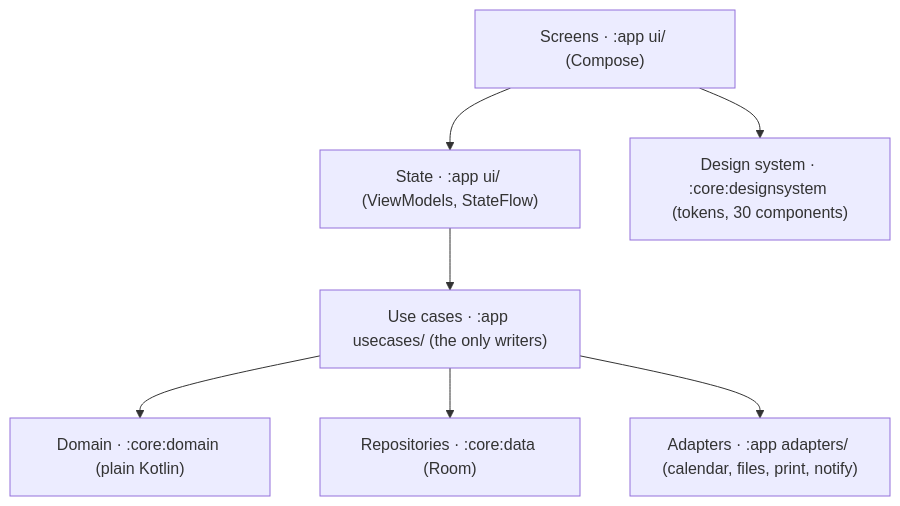
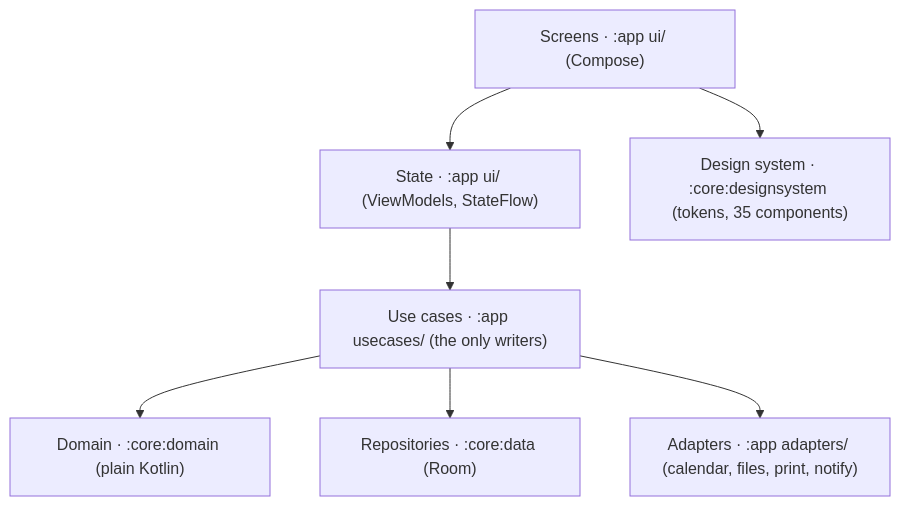
Before and after one commit to vmleroy/tutora-classbook: the diagram in docs/architecture.md, drawn with Mermaid. The commit also changed 70 other files, not shown here.

````diff
--- a/docs/architecture.md
+++ b/docs/architecture.md
@@ -41,9 +41,9 @@
 ```mermaid
 flowchart TD
     S["Screens · :app ui/ (Compose)"] --> ST["State · :app ui/ (ViewModels, StateFlow)"]
     ST --> U["Use cases · :app usecases/ (the only writers)"]
     U --> D["Domain · :core:domain (plain Kotlin)"]
     U --> R["Repositories · :core:data (Room)"]
     U --> A["Adapters · :app adapters/ (calendar, files, print, notify)"]
-    S --> UI["Design system · :core:designsystem (tokens, 30 components)"]
+    S --> UI["Design system · :core:designsystem (tokens, 35 components)"]
 ```
````
